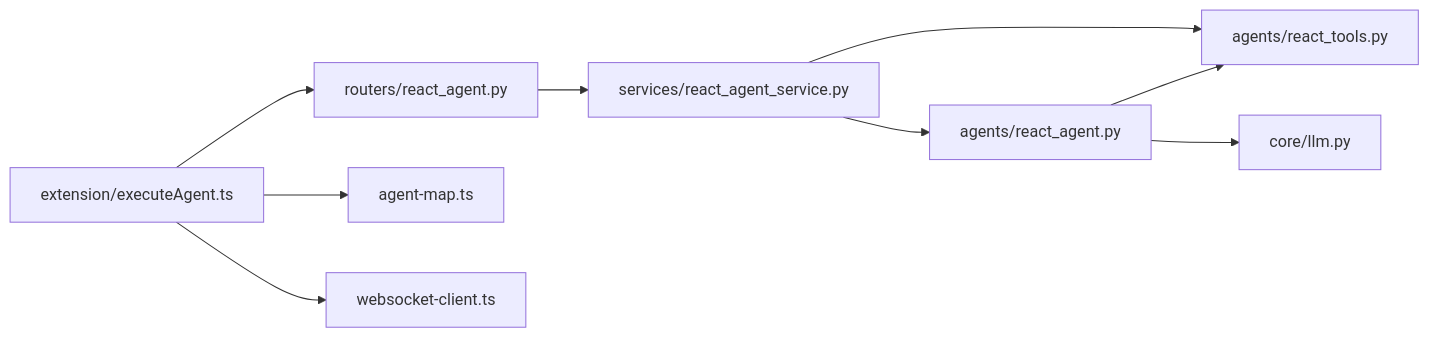
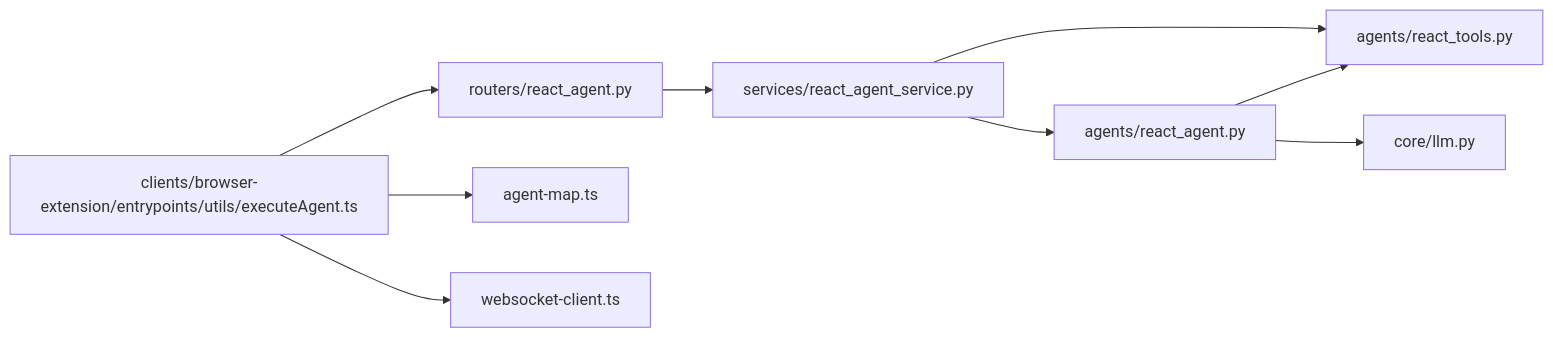
One commit to tashifkhan/tashif.codes changed diagram 11 of 11 in src/data/docs/agentic-browser/AI Agent System/AI Agent System.md. Above: the diagram before and after it, drawn with Mermaid. The commit also changed other lines of this file and 2128 other files, not shown here.

First line of the commit message:
docs: replace raster diagram images with native Mermaid across project guides

````diff
--- a/src/data/docs/agentic-browser/AI Agent System/AI Agent System.md
+++ b/src/data/docs/agentic-browser/AI Agent System/AI Agent System.md
@@ -311,11 +311,11 @@
 ```mermaid
 graph LR
 RA["agents/react_agent.py"] --> RT["agents/react_tools.py"]
 RA --> LLM["core/llm.py"]
 SVC["services/react_agent_service.py"] --> RA
 SVC --> RT
 RTR["routers/react_agent.py"] --> SVC
-EXT["extension/executeAgent.ts"] --> RTR
+EXT["clients/browser-extension/entrypoints/utils/executeAgent.ts"] --> RTR
 EXT --> MAP["agent-map.ts"]
 EXT --> WS["websocket-client.ts"]
 ```
````
